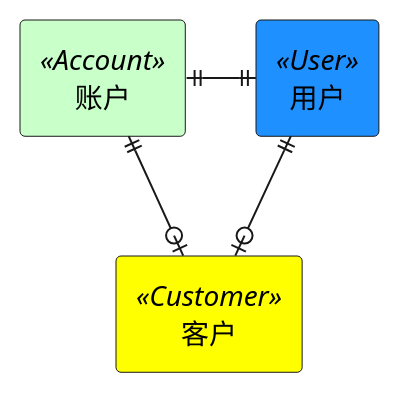
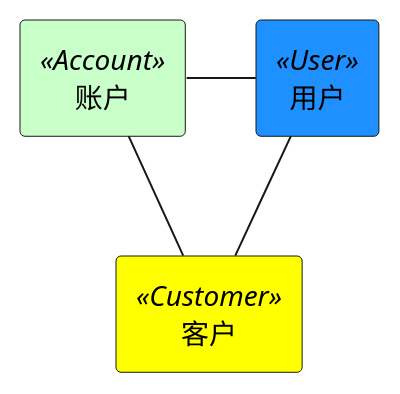
Before and after one commit to unionstars/unionstars.github.io: the first of 3 diagrams in _posts/202002/2020-02-21-plantuml_use.md, drawn with PlantUML. The commit also changed other lines of this file and 2 other files, not shown here.

````diff
--- a/_posts/202002/2020-02-21-plantuml_use.md
+++ b/_posts/202002/2020-02-21-plantuml_use.md
@@ -21,12 +21,12 @@
 ```plantuml
 rectangle "客户" <<Customer>> #Yellow {
 }
 rectangle "用户" <<User>> #DodgerBlue {
 }
 rectangle "账户" <<Account>> #TECHNOLOGY {
 }
+客户-up-用户
+客户-up-账户
+用户--left--账户
 
-客户|o-up-||用户
-客户|o-up-||账户
-用户||--left--||账户
 ```
````
